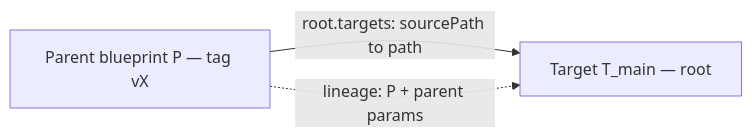
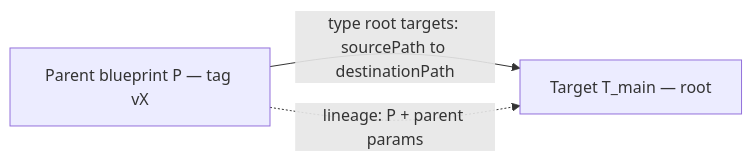
One commit to opendatamesh-initiative/odm-platform-pp-blueprint-server changed the second of 8 diagrams in spdd/analysis/BDMD-4820-202608251703-[Analysis]-support-all-instantiation-repository-scenarios.md. Above: the diagram before and after it, drawn with Mermaid. The commit also changed other lines of this file and 53 other files, not shown here.

````diff
--- a/spdd/analysis/BDMD-4820-202608251703-[Analysis]-support-all-instantiation-repository-scenarios.md
+++ b/spdd/analysis/BDMD-4820-202608251703-[Analysis]-support-all-instantiation-repository-scenarios.md
@@ -68,7 +70,7 @@
 ```mermaid
 flowchart LR
   P["Parent blueprint P — tag vX"]
   T["Target T_main — root"]
-  P -->|"root.targets: sourcePath to path"| T
+  P -->|"type root targets: sourcePath to destinationPath"| T
   P -.->|"lineage: P + parent params"| T
 ```
````
